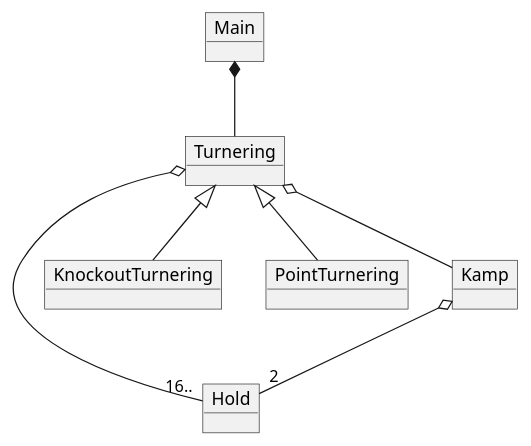
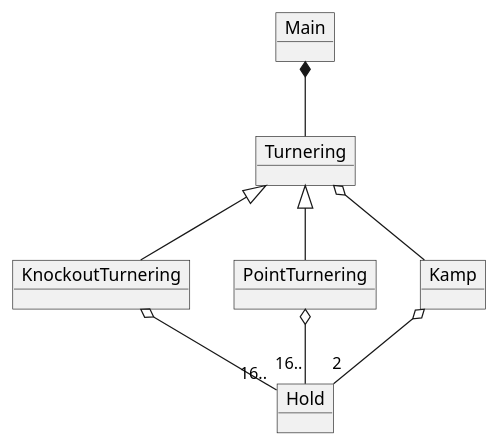
One commit to Datamatiker-A3/SP3 changed the diagram in SP3/src/UML/Domain.puml. Above: the diagram before and after it, drawn with PlantUML. The commit also changed 1 other file, not shown here.

Commit message:
updated UML in knockout branch

```diff
--- a/SP3/src/UML/Domain.puml
+++ b/SP3/src/UML/Domain.puml
@@ -1,18 +1,18 @@
 @startuml
 'https://plantuml.com/class-diagram
 
 object Turnering
 object Main
 object Hold
 object KnockoutTurnering
 object PointTurnering
 object Kamp
 
 Main *-- Turnering
 Turnering <|-- KnockoutTurnering
 Turnering<|-- PointTurnering
-Turnering o-- "16.." Hold
+KnockoutTurnering o-- "16.." Hold
+PointTurnering o-- "16.." Hold
 Turnering o-- Kamp
 Kamp o-- "2" Hold
-
 @enduml
```
